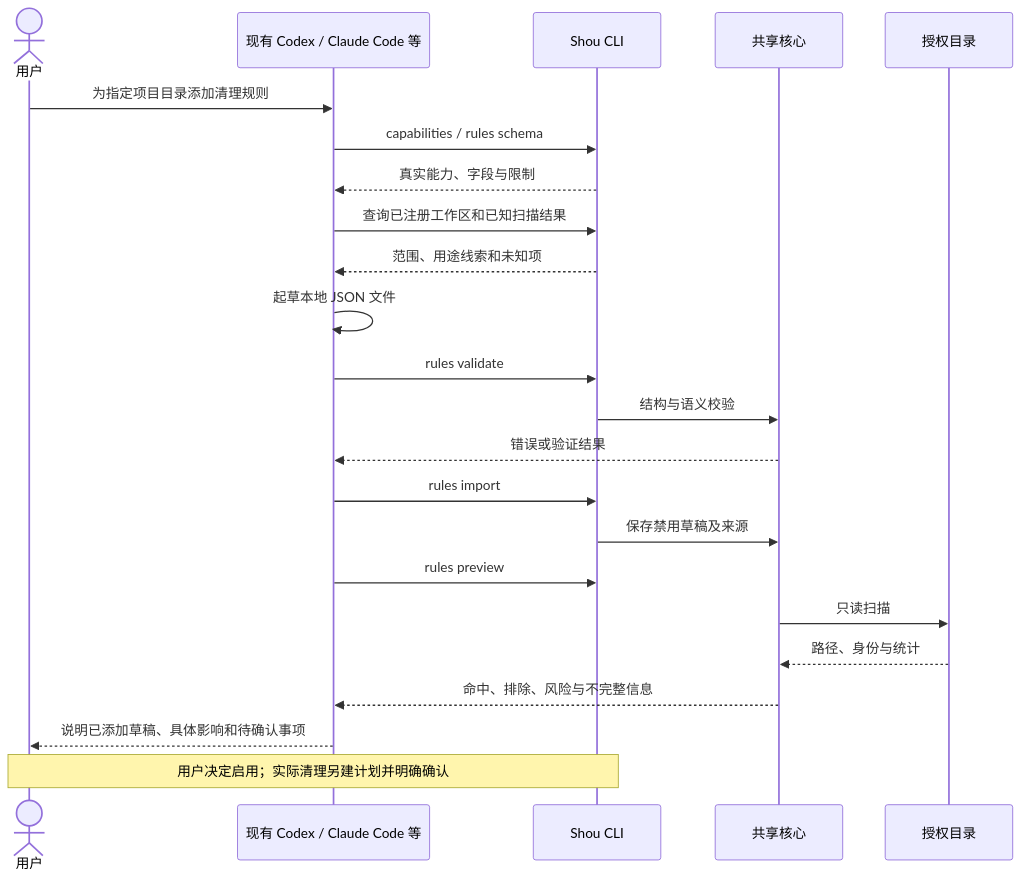
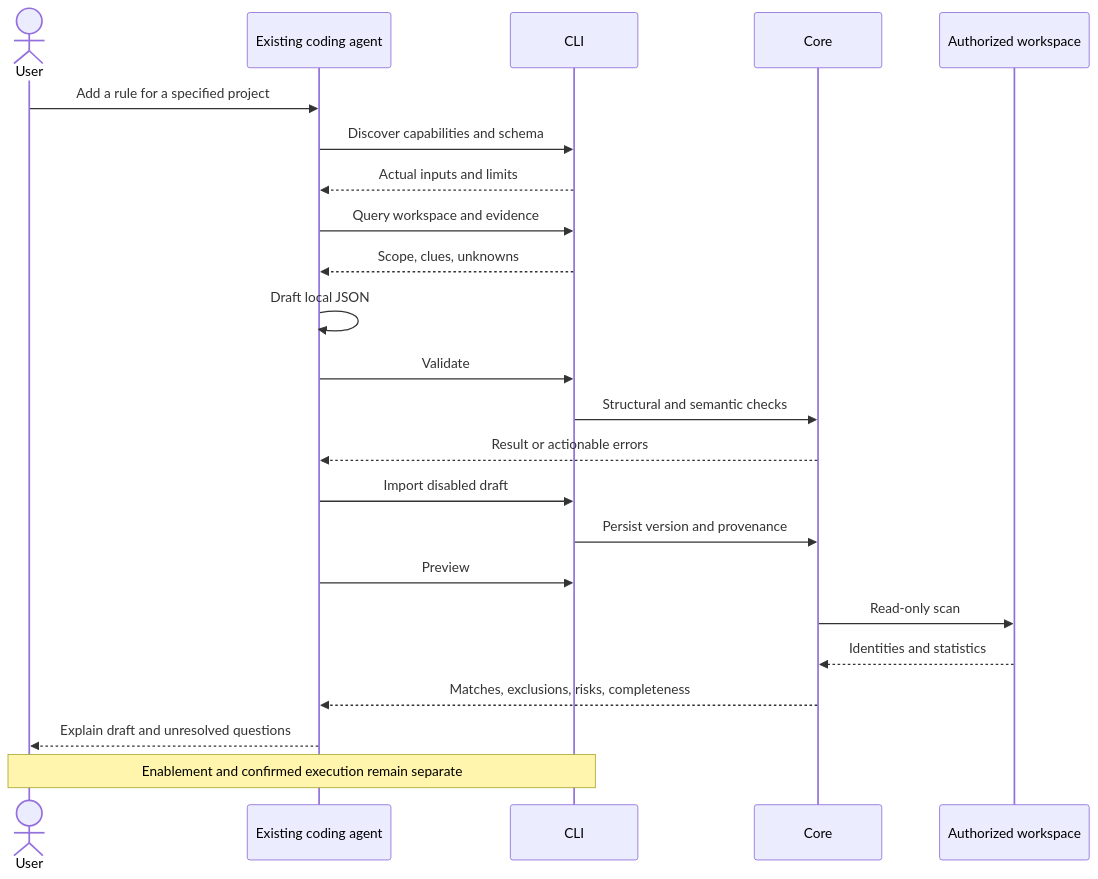
The diagram in docs/ai/coding-agent-integration.md (limecloud/shou), drawn with Mermaid before and after one commit. The commit also changed other lines of this file and 46 other files, not shown here.

````diff
--- a/docs/ai/coding-agent-integration.md
+++ b/docs/ai/coding-agent-integration.md
@@ -27,25 +29,25 @@
 ```mermaid
 sequenceDiagram
-    actor User as 用户
-    participant Agent as 现有 Codex / Claude Code 等
-    participant CLI as Shou CLI
-    participant Core as 共享核心
-    participant FS as 授权目录
-    User->>Agent: 为指定项目目录添加清理规则
-    Agent->>CLI: capabilities / rules schema
-    CLI-->>Agent: 真实能力、字段与限制
-    Agent->>CLI: 查询已注册工作区和已知扫描结果
-    CLI-->>Agent: 范围、用途线索和未知项
-    Agent->>Agent: 起草本地 JSON 文件
-    Agent->>CLI: rules validate
-    CLI->>Core: 结构与语义校验
-    Core-->>Agent: 错误或验证结果
-    Agent->>CLI: rules import
-    CLI->>Core: 保存禁用草稿及来源
-    Agent->>CLI: rules preview
-    Core->>FS: 只读扫描
-    FS-->>Core: 路径、身份与统计
-    Core-->>Agent: 命中、排除、风险与不完整信息
-    Agent-->>User: 说明已添加草稿、具体影响和待确认事项
-    Note over User,CLI: 用户决定启用；实际清理另建计划并明确确认
+    actor User
+    participant Agent as Existing coding agent
+    participant CLI
+    participant Core
+    participant FS as Authorized workspace
+    User->>Agent: Add a rule for a specified project
+    Agent->>CLI: Discover capabilities and schema
+    CLI-->>Agent: Actual inputs and limits
+    Agent->>CLI: Query workspace and evidence
+    CLI-->>Agent: Scope, clues, unknowns
+    Agent->>Agent: Draft local JSON
+    Agent->>CLI: Validate
+    CLI->>Core: Structural and semantic checks
+    Core-->>Agent: Result or actionable errors
+    Agent->>CLI: Import disabled draft
+    CLI->>Core: Persist version and provenance
+    Agent->>CLI: Preview
+    Core->>FS: Read-only scan
+    FS-->>Core: Identities and statistics
+    Core-->>Agent: Matches, exclusions, risks, completeness
+    Agent-->>User: Explain draft and unresolved questions
+    Note over User,CLI: Enablement and confirmed execution remain separate
 ```
````
